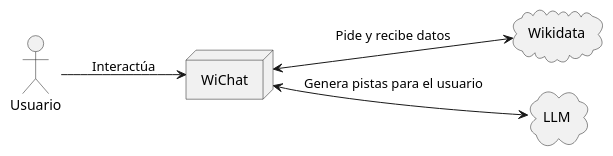
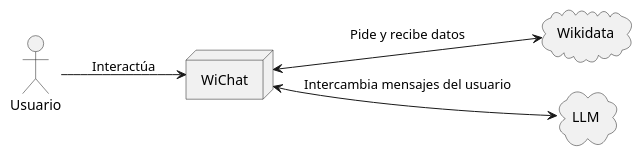
One commit to Arquisoft/wichat_es5b changed the first of 2 diagrams in docs/src/03_context_and_scope.adoc. Above: the diagram before and after it, drawn with PlantUML. The commit also changed other lines of this file and 1 other file, not shown here.

```diff
--- a/docs/src/03_context_and_scope.adoc
+++ b/docs/src/03_context_and_scope.adoc
@@ -55,23 +55,23 @@
 [plantuml,"Contexto negocio",png]
 ----
 @startuml
 skinparam monochrome true
 left to right direction
 
 actor "Usuario"
 
 node "WiChat" {
 }
 
 cloud "Wikidata" {
 }
 
 cloud "LLM" {
 }
 
 "Usuario" --> "WiChat" : Interactúa
 "WiChat" <--> "Wikidata" : Pide y recibe datos
-"WiChat" <--> "LLM" : Genera pistas para el usuario
+"WiChat" <--> "LLM" : Intercambia mensajes del usuario
 
 @enduml
 ----
```
